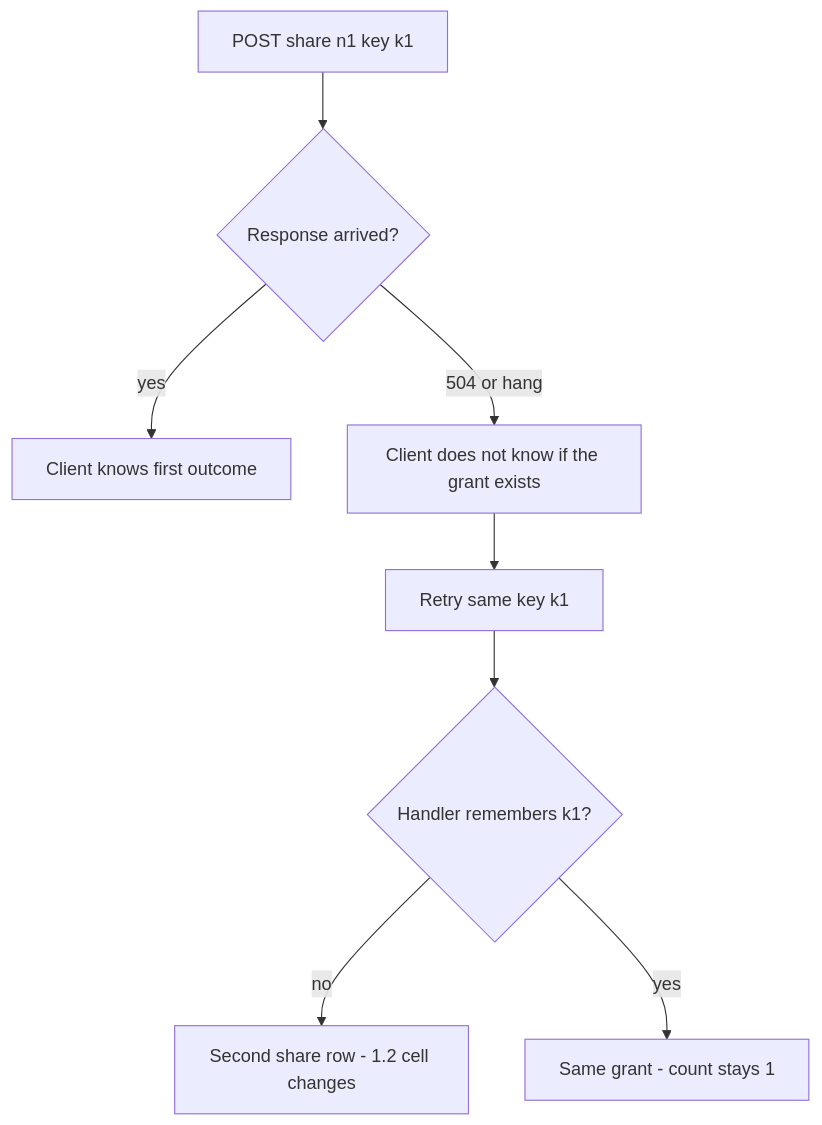
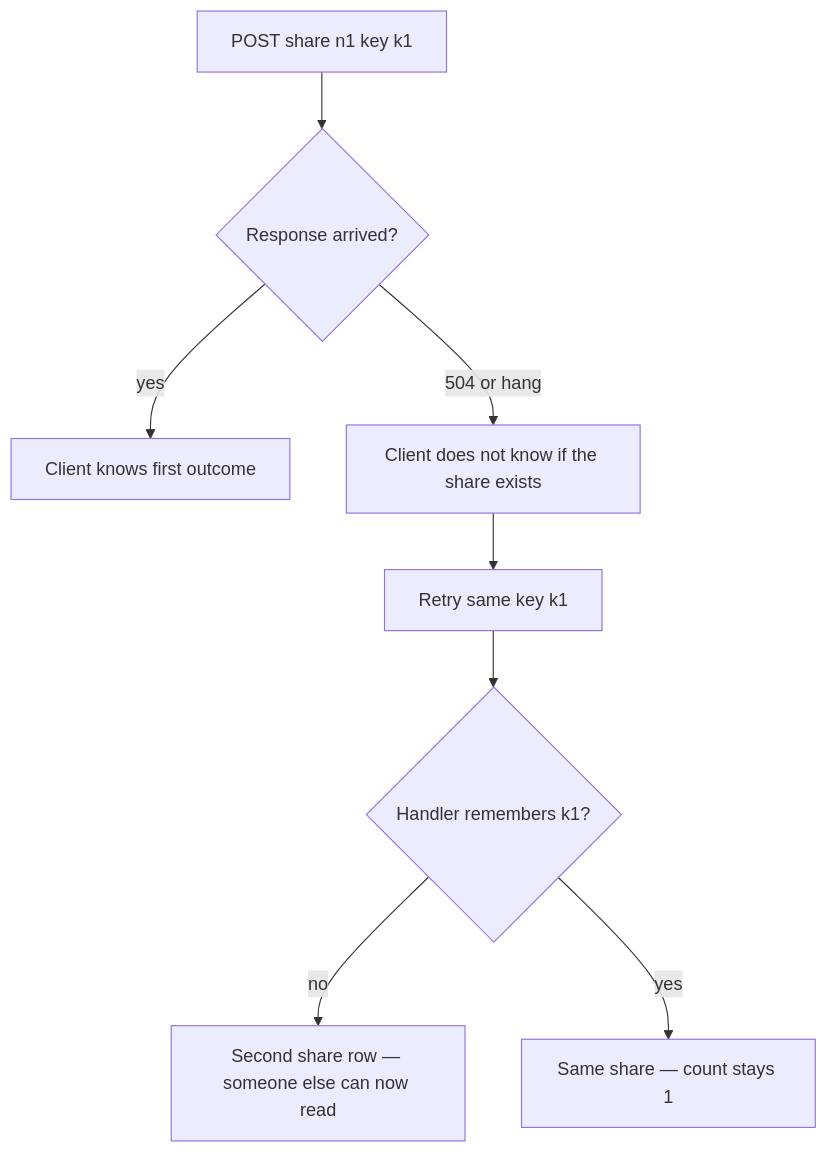
Before and after one commit to ishitvagoel/LearnSecurity: the first of 2 diagrams in content/modules/2/2.4/lessons/01-property.md, drawn with Mermaid. The commit also changed other lines of this file and 7 other files, not shown here.

````diff
--- a/content/modules/2/2.4/lessons/01-property.md
+++ b/content/modules/2/2.4/lessons/01-property.md
@@ -19,10 +18,10 @@
 ```mermaid
 flowchart TD
   Post["POST share n1 key k1"] --> Wait{Response arrived?}
   Wait -->|yes| Known[Client knows first outcome]
-  Wait -->|504 or hang| Fork["Client does not know if the grant exists"]
+  Wait -->|504 or hang| Fork["Client does not know if the share exists"]
   Fork --> Retry["Retry same key k1"]
   Retry --> Store{Handler remembers k1?}
-  Store -->|no| Dup["Second share row - 1.2 cell changes"]
-  Store -->|yes| Same["Same grant - count stays 1"]
+  Store -->|no| Dup["Second share row — someone else can now read"]
+  Store -->|yes| Same["Same share — count stays 1"]
 ```
````
